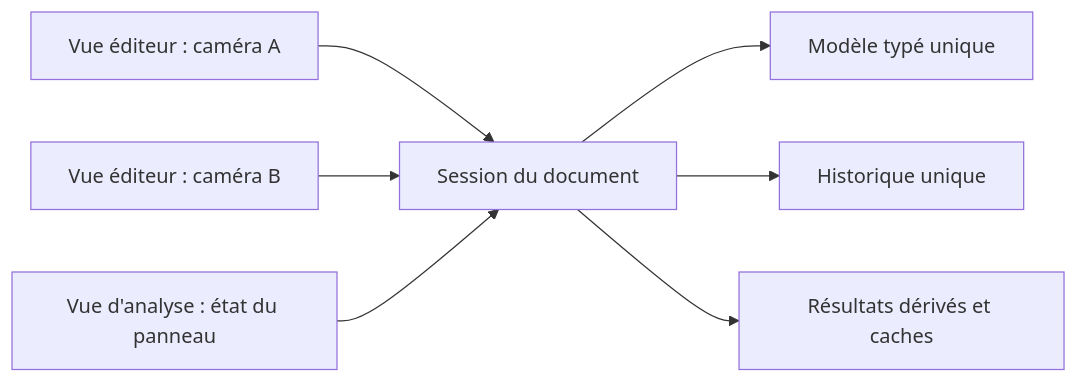
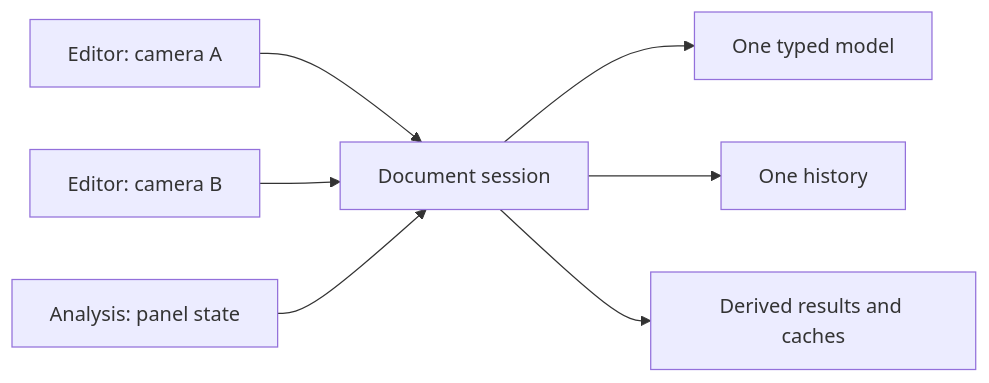
One commit to linventif/open-process changed the second of 2 diagrams in docs/architecture-cible.md. Above: the diagram before and after it, drawn with Mermaid. The commit also changed other lines of this file and 20 other files, not shown here.

````diff
--- a/docs/architecture-cible.md
+++ b/docs/architecture-cible.md
@@ -97,9 +91,9 @@
 ```mermaid
 flowchart LR
-    PaneA["Vue éditeur : caméra A"] --> Session["Session du document"]
-    PaneB["Vue éditeur : caméra B"] --> Session
-    PaneC["Vue d'analyse : état du panneau"] --> Session
-    Session --> Model["Modèle typé unique"]
-    Session --> History["Historique unique"]
-    Session --> Results["Résultats dérivés et caches"]
+    PaneA["Editor: camera A"] --> Session["Document session"]
+    PaneB["Editor: camera B"] --> Session
+    PaneC["Analysis: panel state"] --> Session
+    Session --> Model["One typed model"]
+    Session --> History["One history"]
+    Session --> Results["Derived results and caches"]
 ```
````
